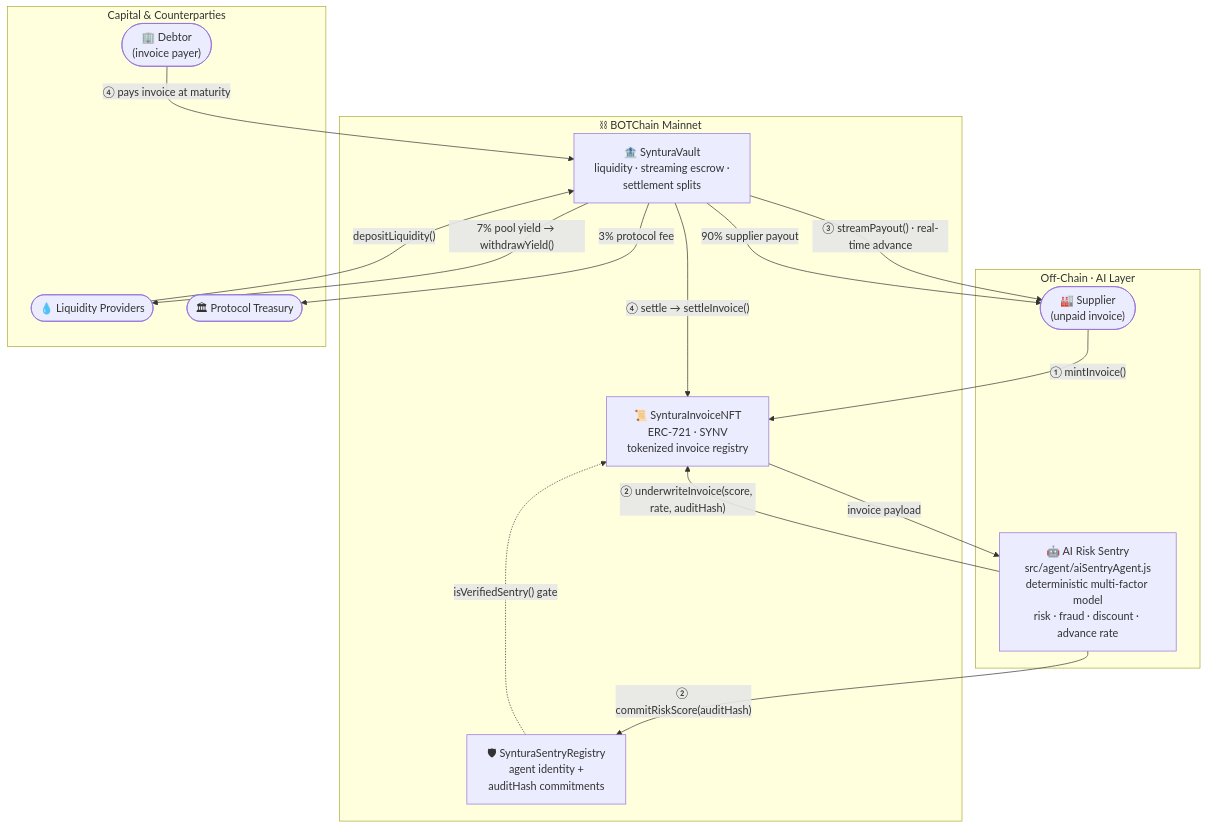
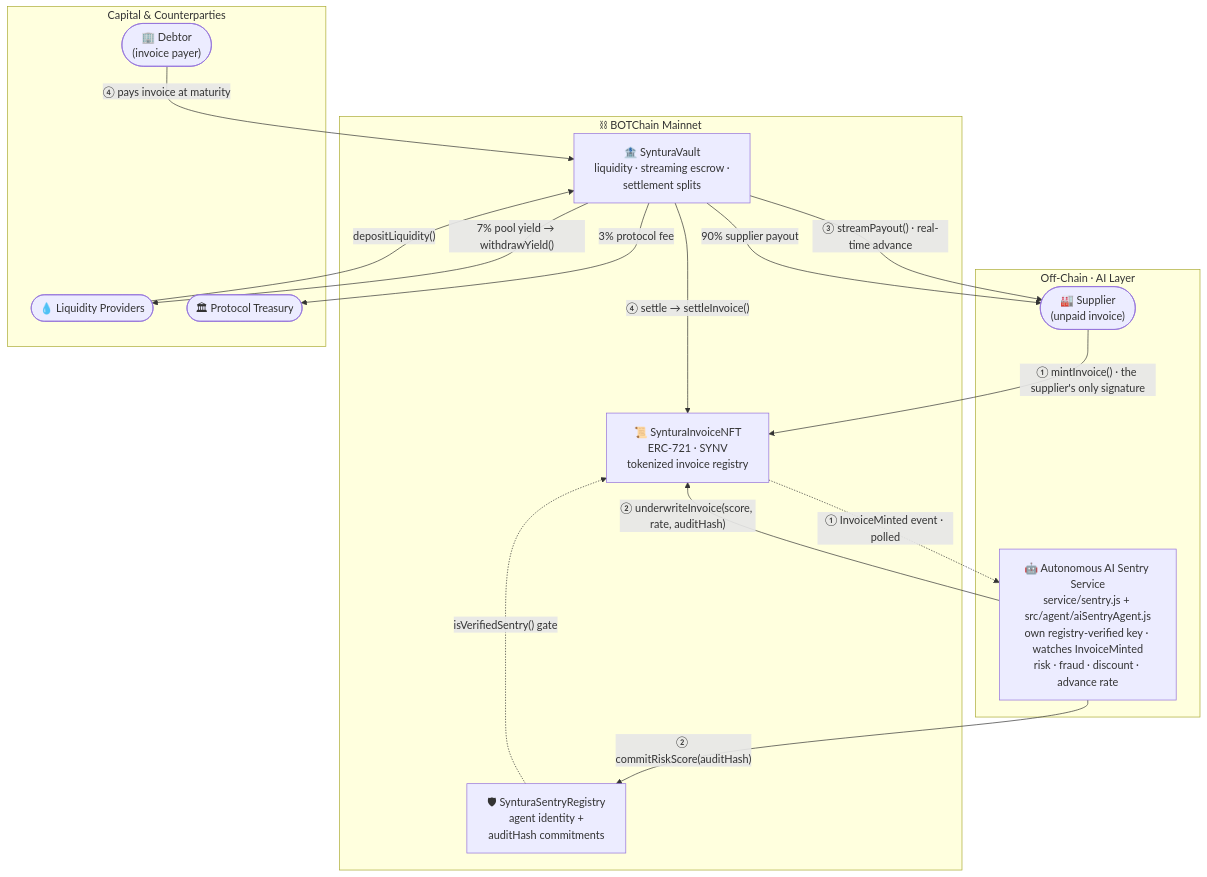
One commit to mrnetwork0001/Syntura changed the diagram in README.md. Above: the diagram before and after it, drawn with Mermaid. The commit also changed other lines of this file and 1 other file, not shown here.

Commit message:
docs: the autonomous sentry service

````diff
--- a/README.md
+++ b/README.md
@@ -82,32 +84,32 @@
 ```mermaid
 flowchart TB
     subgraph OFFCHAIN["Off-Chain · AI Layer"]
         SUPPLIER(["🏭 Supplier<br/>(unpaid invoice)"])
-        SENTRY["🤖 AI Risk Sentry<br/>src/agent/aiSentryAgent.js<br/>deterministic multi-factor model<br/>risk · fraud · discount · advance rate"]
+        SENTRY["🤖 Autonomous AI Sentry Service<br/>service/sentry.js + src/agent/aiSentryAgent.js<br/>own registry-verified key · watches InvoiceMinted<br/>risk · fraud · discount · advance rate"]
     end
 
     subgraph BOTCHAIN["⛓ BOTChain Mainnet"]
         NFT["📜 SynturaInvoiceNFT<br/>ERC-721 · SYNV<br/>tokenized invoice registry"]
         REG["🛡 SynturaSentryRegistry<br/>agent identity +<br/>auditHash commitments"]
         VAULT["🏦 SynturaVault<br/>liquidity · streaming escrow ·<br/>settlement splits"]
     end
 
     subgraph ACTORS["Capital & Counterparties"]
         LP(["💧 Liquidity Providers"])
         DEBTOR(["🏢 Debtor<br/>(invoice payer)"])
         TREASURY(["🏛 Protocol Treasury"])
     end
 
-    SUPPLIER -- "① mintInvoice()" --> NFT
-    NFT -- "invoice payload" --> SENTRY
+    SUPPLIER -- "① mintInvoice() · the supplier's only signature" --> NFT
+    NFT -. "① InvoiceMinted event · polled" .-> SENTRY
     SENTRY -- "② underwriteInvoice(score, rate, auditHash)" --> NFT
     SENTRY -- "② commitRiskScore(auditHash)" --> REG
     REG -. "isVerifiedSentry() gate" .-> NFT
     LP -- "depositLiquidity()" --> VAULT
     VAULT -- "③ streamPayout() · real-time advance" --> SUPPLIER
     DEBTOR -- "④ pays invoice at maturity" --> VAULT
     VAULT -- "④ settle → settleInvoice()" --> NFT
     VAULT -- "90% supplier payout" --> SUPPLIER
     VAULT -- "7% pool yield → withdrawYield()" --> LP
     VAULT -- "3% protocol fee" --> TREASURY
 ```
````
